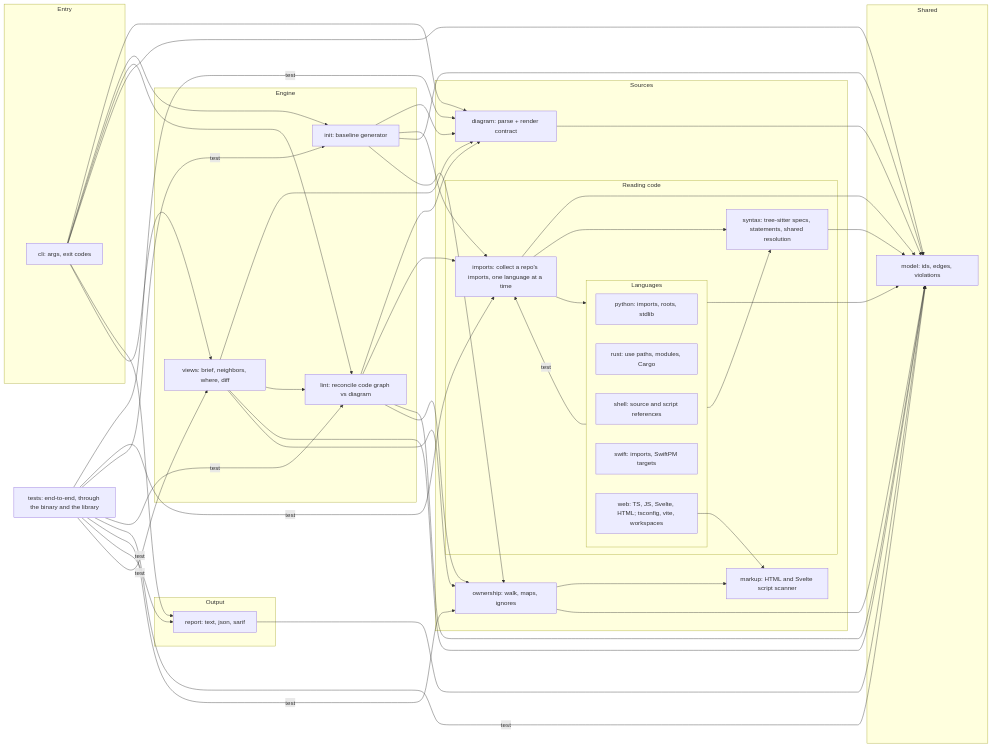
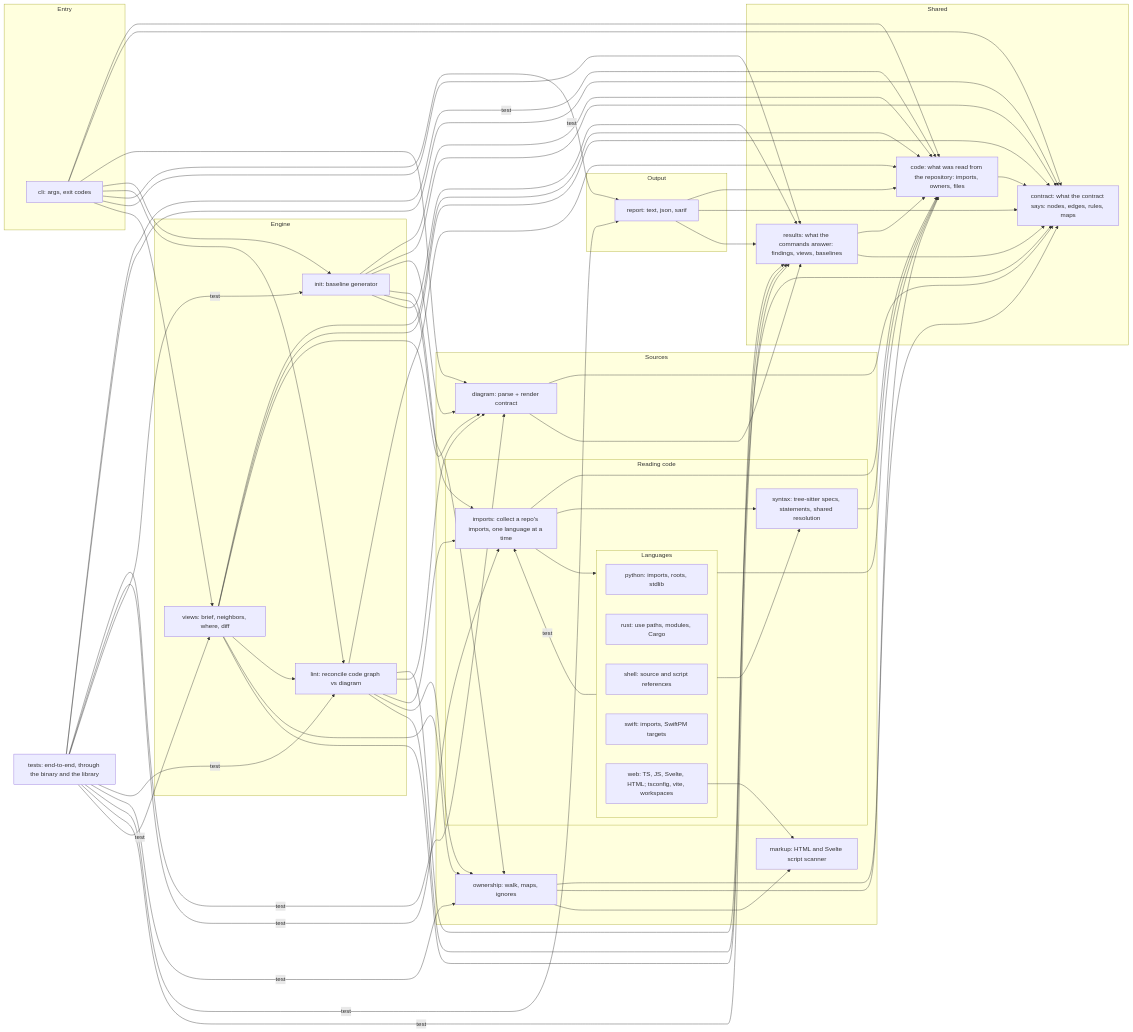
The diagram in architecture.mmd (phanshiyu/driftwall), drawn with Mermaid before and after one commit. The commit also changed 193 other files, not shown here.

First line of the commit message:
model: split into contract, code and results, with arrows to exactly what each node uses

```diff
--- a/architecture.mmd
+++ b/architecture.mmd
@@ -1,124 +1,147 @@
 %% driftwall architecture contract.
 %% Solid arrow  (-->)  = implemented dependency, enforced.
 %% Dotted arrow (-.->) = planned dependency, tolerated until built.
 flowchart LR
 
   subgraph engine["Engine"]
     init["init: baseline generator"]
     lint["lint: reconcile code graph vs diagram"]
     views["views: brief, neighbors, where, diff"]
   end
 
   subgraph entry["Entry"]
     cli["cli: args, exit codes"]
   end
 
   subgraph output["Output"]
     report["report: text, json, sarif"]
   end
 
   subgraph shared["Shared"]
-    model["model: ids, edges, violations"]
+    code["code: what was read from the repository: imports, owners, files"]
+    contract["contract: what the contract says: nodes, edges, rules, maps"]
+    results["results: what the commands answer: findings, views, baselines"]
   end
 
   subgraph sources["Sources"]
     subgraph reading["Reading code"]
       subgraph languages["Languages"]
         python["python: imports, roots, stdlib"]
         rust["rust: use paths, modules, Cargo"]
         shell["shell: source and script references"]
         swift["swift: imports, SwiftPM targets"]
         web["web: TS, JS, Svelte, HTML; tsconfig, vite, workspaces"]
       end
       imports["imports: collect a repo's imports, one language at a time"]
       syntax["syntax: tree-sitter specs, statements, shared resolution"]
     end
     diagram["diagram: parse + render contract"]
     markup["markup: HTML and Svelte script scanner"]
     ownership["ownership: walk, maps, ignores"]
   end
 
   tests["tests: end-to-end, through the binary and the library"]
 
+  cli --> code
+  cli --> contract
   cli --> diagram
   cli --> init
   cli --> lint
-  cli --> model
   cli --> report
+  cli --> results
   cli --> views
-  diagram --> model
-  imports --> model
+  code --> contract
+  diagram --> contract
+  diagram --> results
+  imports --> code
   imports --> syntax
+  init --> code
+  init --> contract
   init --> diagram
   init --> imports
-  init --> model
   init --> ownership
+  init --> results
+  lint --> code
+  lint --> contract
   lint --> diagram
   lint --> imports
-  lint --> model
   lint --> ownership
+  lint --> results
+  ownership --> code
+  ownership --> contract
   ownership --> markup
-  ownership --> model
-  report --> model
-  syntax --> model
+  report --> code
+  report --> contract
+  report --> results
+  results --> code
+  results --> contract
+  syntax --> code
+  tests -->|test| code
+  tests -->|test| contract
   tests -->|test| diagram
   tests -->|test| imports
   tests -->|test| init
   tests -->|test| lint
-  tests -->|test| model
   tests -->|test| ownership
   tests -->|test| report
+  tests -->|test| results
   tests -->|test| views
+  views --> code
+  views --> contract
   views --> diagram
   views --> lint
-  views --> model
   views --> ownership
+  views --> results
   web --> markup
   imports --> languages
+  languages --> code
   languages -->|test| imports
-  languages --> model
   languages --> syntax
 
   %% exports imports: Facades, FileImports, ImportsError, collect_with_assets, collect_with_facades, swift_targets
 
   %% order: entry > output > engine > sources > shared
   %% isolated: languages
   %% no-cycles
   %% no-cycles: boundaries
   %% tests: isolated
   %% facade imports
 
   %% packages cli: anyhow, clap, tempfile
   %% packages diagram: thiserror
   %% packages imports: rayon, thiserror, tree_sitter
   %% packages init: serde, serde_json, thiserror, toml
   %% packages lint: thiserror
   %% packages markup:
-  %% packages model: serde, thiserror
+  %% packages contract: serde, thiserror
+  %% packages code: serde
+  %% packages results: serde, thiserror
   %% packages ownership: ignore, thiserror
   %% packages python: jsonc_parser, serde_json, toml, tree_sitter, tree_sitter_python
   %% packages report: serde, serde_json, thiserror
   %% packages rust: rayon, serde, toml, tree_sitter, tree_sitter_rust
   %% packages shell: tree_sitter, tree_sitter_bash
   %% packages swift: tree_sitter, tree_sitter_swift
   %% packages syntax: tree_sitter
   %% packages views: thiserror
   %% packages web: jsonc_parser, serde, serde_json, tree_sitter, tree_sitter_javascript, tree_sitter_typescript
 
   %% map cli: src/cli/, src/lib.rs
   %% map lint: src/lint/
   %% map init: src/init/
   %% map diagram: src/diagram/
   %% map ownership: src/ownership/
   %% map imports: src/imports/
   %% map tests: tests/
   %% map views: src/views/
   %% map web: src/imports/web/
   %% map python: src/imports/python/
   %% map rust: src/imports/rust/
   %% map swift: src/imports/swift/
   %% map shell: src/imports/shell/
   %% map syntax: src/imports/syntax/
   %% map markup: src/markup/
-  %% map model: src/model/
+  %% map code: src/code/
+  %% map contract: src/contract/
+  %% map results: src/results/
   %% map report: src/report/
```
